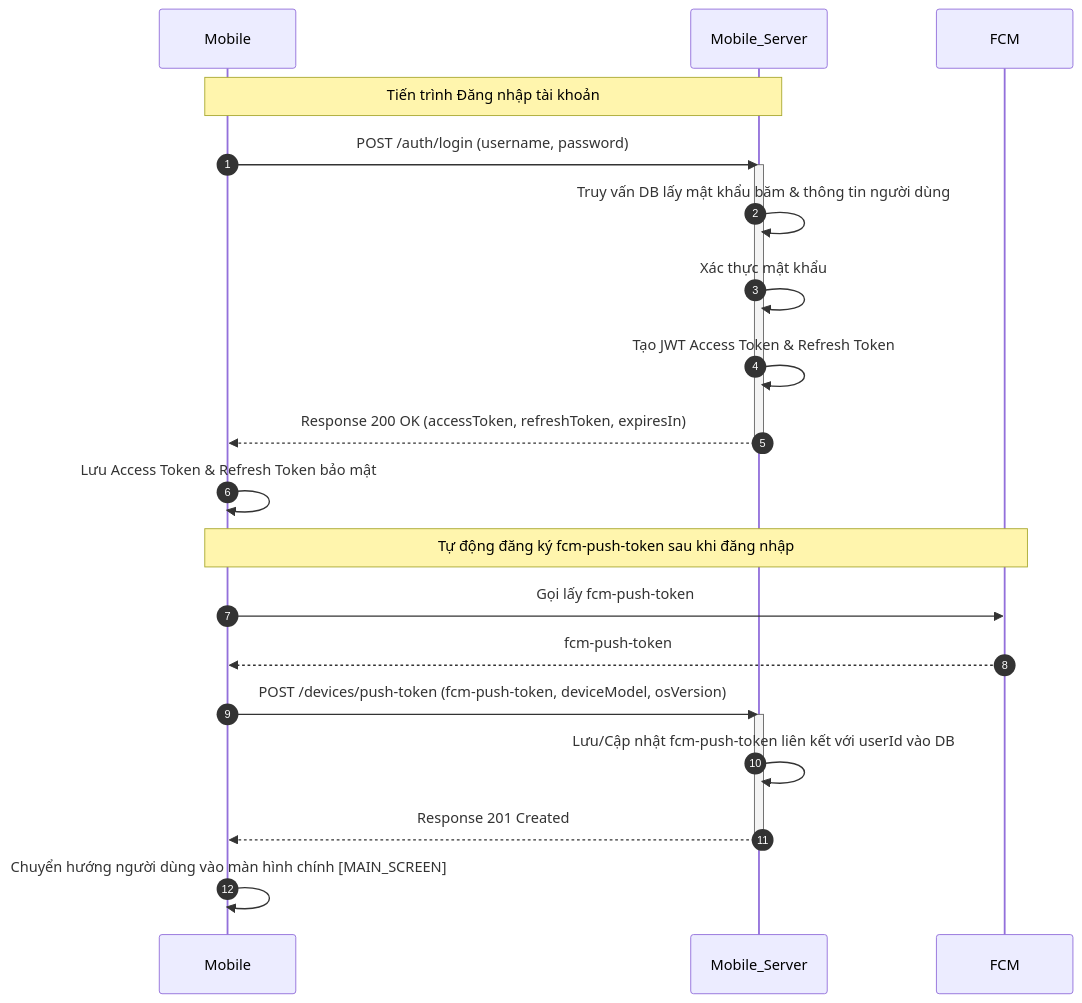
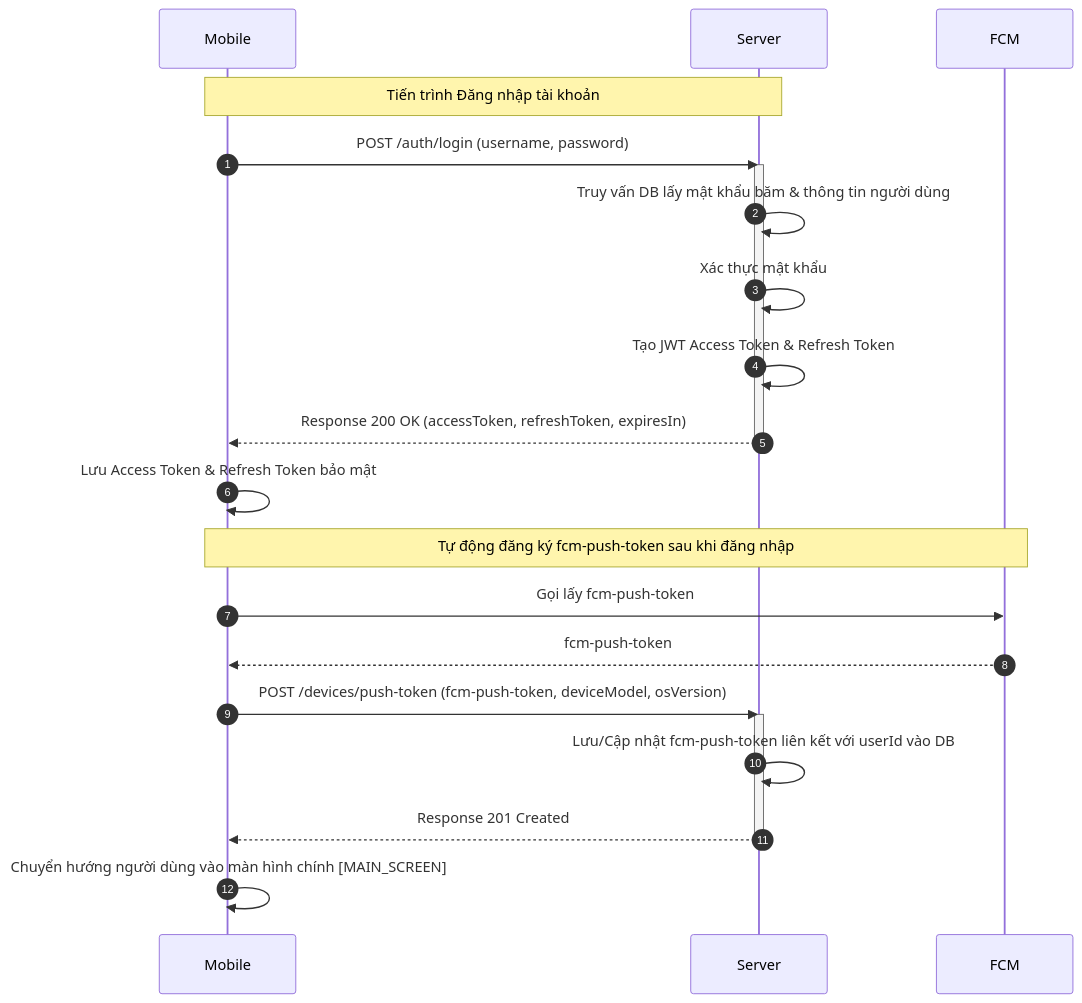
The third of 18 diagrams in docs/04-sequence-diagram.md (trungnguyenthien/Wildlife-Warning-and-Deterrence-System), drawn with Mermaid before and after one commit. The commit also changed other lines of this file, not shown here.

Commit message:
docs: update sequence diagram to reflect latest system workflow changes

````diff
--- a/docs/04-sequence-diagram.md
+++ b/docs/04-sequence-diagram.md
@@ -174,28 +174,28 @@
 ```mermaid
 sequenceDiagram
     autonumber
     participant Mobile as Mobile
-    participant Mobile_Server as Mobile_Server
+    participant Server as Server
     participant FCM as FCM
 
-    Note over Mobile, Mobile_Server: Tiến trình Đăng nhập tài khoản
-    Mobile->>Mobile_Server: POST /auth/login (username, password)
-    activate Mobile_Server
-    Mobile_Server->>Mobile_Server: Truy vấn DB lấy mật khẩu băm & thông tin người dùng
-    Mobile_Server->>Mobile_Server: Xác thực mật khẩu
-    Mobile_Server->>Mobile_Server: Tạo JWT Access Token & Refresh Token
-    Mobile_Server-->>Mobile: Response 200 OK (accessToken, refreshToken, expiresIn)
-    deactivate Mobile_Server
+    Note over Mobile, Server: Tiến trình Đăng nhập tài khoản
+    Mobile->>Server: POST /auth/login (username, password)
+    activate Server
+    Server->>Server: Truy vấn DB lấy mật khẩu băm & thông tin người dùng
+    Server->>Server: Xác thực mật khẩu
+    Server->>Server: Tạo JWT Access Token & Refresh Token
+    Server-->>Mobile: Response 200 OK (accessToken, refreshToken, expiresIn)
+    deactivate Server
 
     Mobile->>Mobile: Lưu Access Token & Refresh Token bảo mật
 
     Note over Mobile, FCM: Tự động đăng ký fcm-push-token sau khi đăng nhập
     Mobile->>FCM: Gọi lấy fcm-push-token
     FCM-->>Mobile: fcm-push-token
-    Mobile->>Mobile_Server: POST /devices/push-token (fcm-push-token, deviceModel, osVersion)
-    activate Mobile_Server
-    Mobile_Server->>Mobile_Server: Lưu/Cập nhật fcm-push-token liên kết với userId vào DB
-    Mobile_Server-->>Mobile: Response 201 Created
-    deactivate Mobile_Server
+    Mobile->>Server: POST /devices/push-token (fcm-push-token, deviceModel, osVersion)
+    activate Server
+    Server->>Server: Lưu/Cập nhật fcm-push-token liên kết với userId vào DB
+    Server-->>Mobile: Response 201 Created
+    deactivate Server
     Mobile->>Mobile: Chuyển hướng người dùng vào màn hình chính [MAIN_SCREEN]
 ```
````
